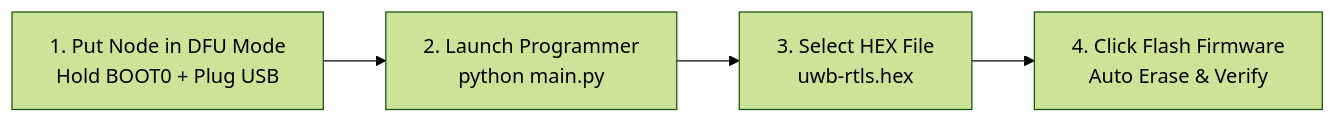
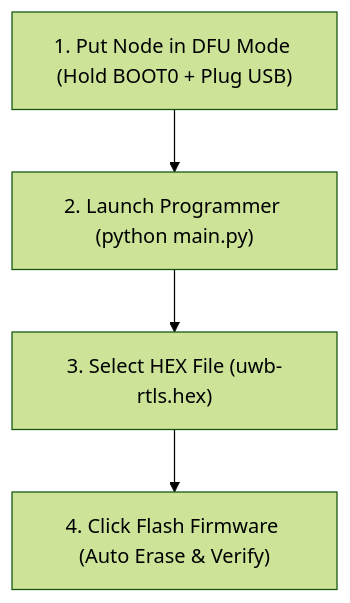
The second of 2 diagrams in docs/software/rtls_studio_and_tools.md (phuongmt08/uwb-rtls), drawn with Mermaid (forest theme) before and after one commit. The commit also changed other lines of this file and 7 other files, not shown here.

Commit message:
docs: remove github pages deployment config and adjust mermaid diagram layouts

````diff
--- a/docs/software/rtls_studio_and_tools.md
+++ b/docs/software/rtls_studio_and_tools.md
@@ -118,4 +120,6 @@
 ```mermaid
-flowchart LR
-    P1["1. Put Node in DFU Mode<br/>Hold BOOT0 + Plug USB"] --> P2["2. Launch Programmer<br/>python main.py"] --> P3["3. Select HEX File<br/>uwb-rtls.hex"] --> P4["4. Click Flash Firmware<br/>Auto Erase & Verify"]
+flowchart TD
+    P1["1. Put Node in DFU Mode (Hold BOOT0 + Plug USB)"] --> P2["2. Launch Programmer (python main.py)"]
+    P2 --> P3["3. Select HEX File (uwb-rtls.hex)"]
+    P3 --> P4["4. Click Flash Firmware (Auto Erase & Verify)"]
 ```
````
